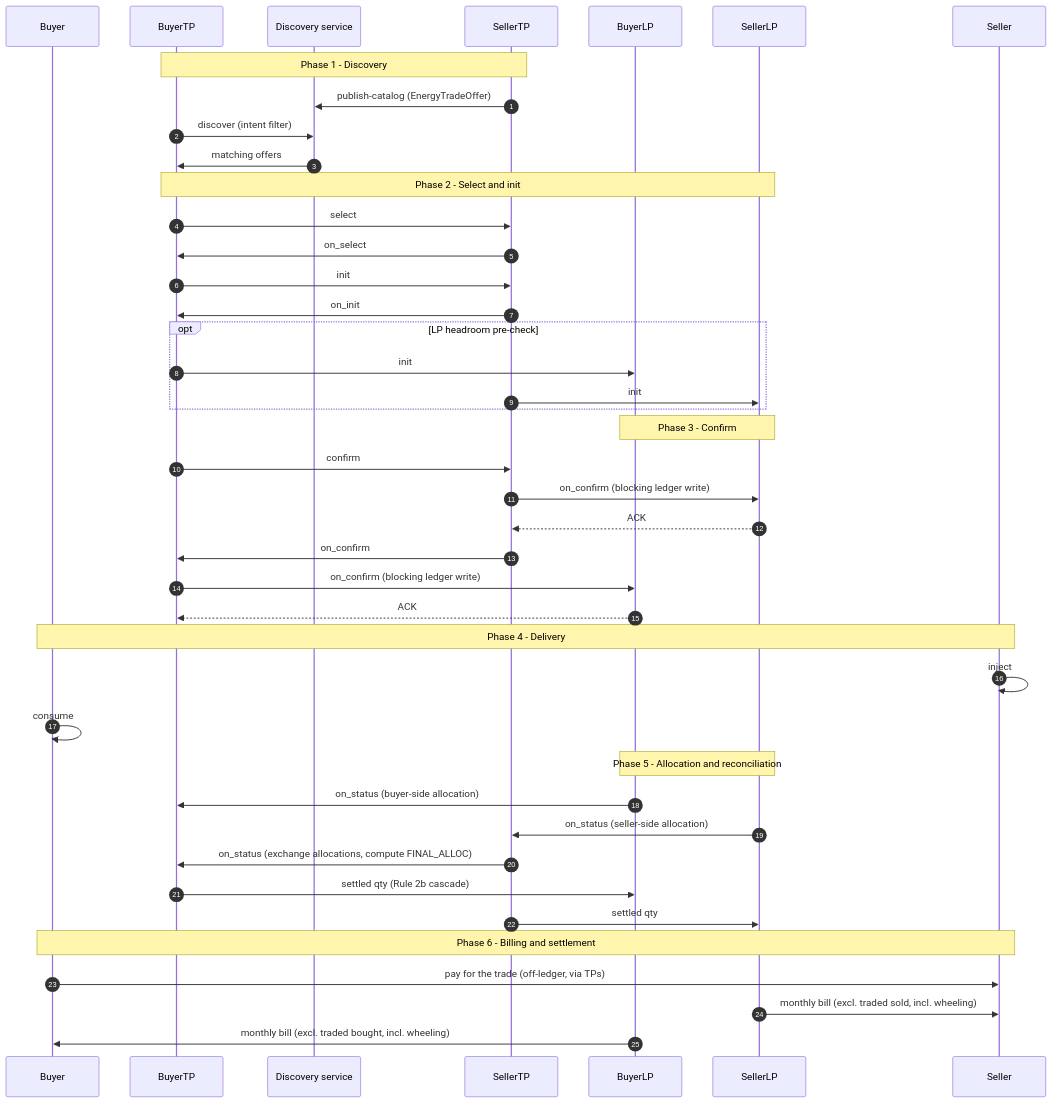
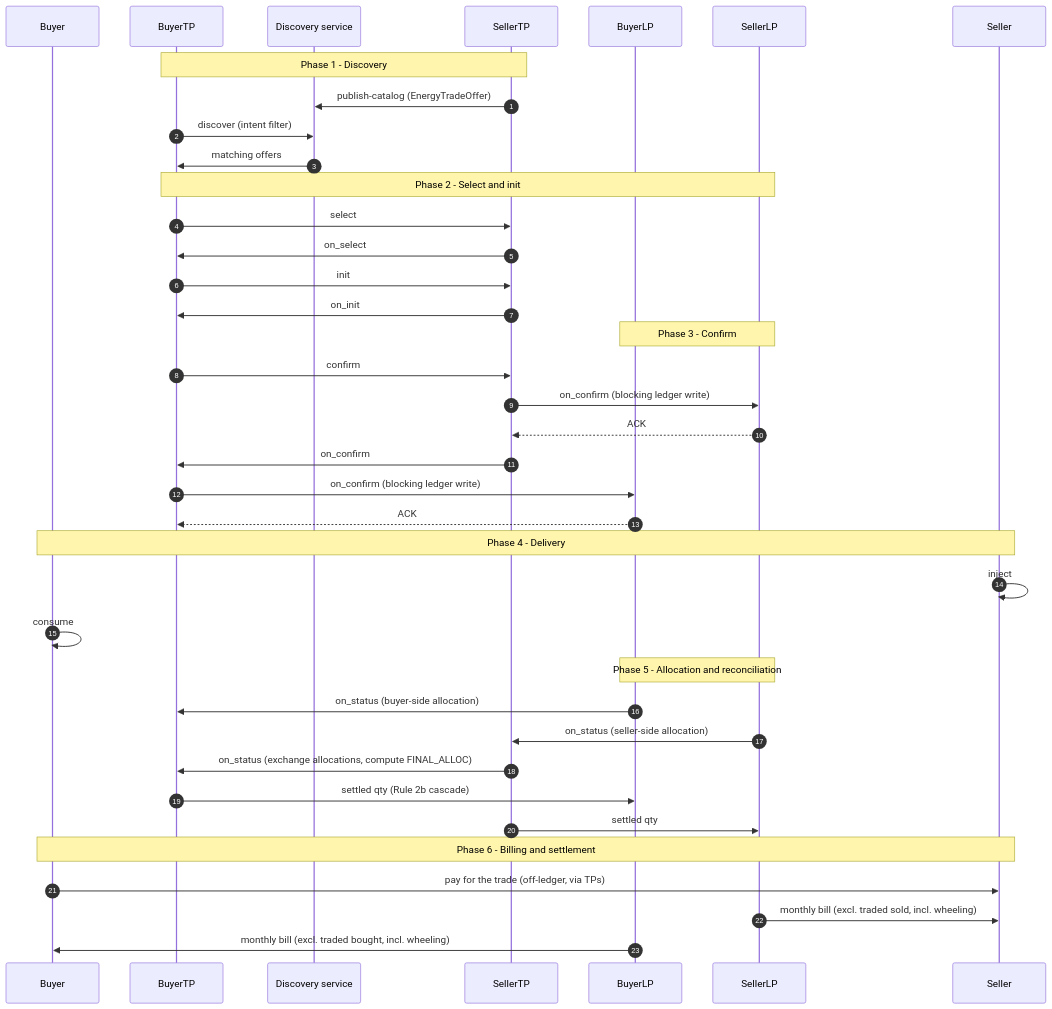
Before and after one commit to India-Energy-Stack/ies-accelerator: the second of 2 diagrams in use-cases/p2p-energy-trading/README.md, drawn with Mermaid.

Commit message:
docs(p2p): drop optional LP headroom pre-check from the sequence diagram

````diff
--- a/use-cases/p2p-energy-trading/README.md
+++ b/use-cases/p2p-energy-trading/README.md
@@ -128,50 +128,46 @@
 ```mermaid
 sequenceDiagram
   autonumber
   participant B as Buyer
   participant BTP as BuyerTP
   participant DS as Discovery service
   participant STP as SellerTP
   participant BDL as BuyerLP
   participant SDL as SellerLP
   participant S as Seller
 
   Note over BTP,STP: Phase 1 - Discovery
   STP->>DS: publish-catalog (EnergyTradeOffer)
   BTP->>DS: discover (intent filter)
   DS->>BTP: matching offers
 
   Note over BTP,SDL: Phase 2 - Select and init
   BTP->>STP: select
   STP->>BTP: on_select
   BTP->>STP: init
   STP->>BTP: on_init
-  opt LP headroom pre-check
-    BTP->>BDL: init
-    STP->>SDL: init
-  end
 
   Note over BDL,SDL: Phase 3 - Confirm
   BTP->>STP: confirm
   STP->>SDL: on_confirm (blocking ledger write)
   SDL-->>STP: ACK
   STP->>BTP: on_confirm
   BTP->>BDL: on_confirm (blocking ledger write)
   BDL-->>BTP: ACK
 
   Note over B,S: Phase 4 - Delivery
   S->>S: inject
   B->>B: consume
 
   Note over BDL,SDL: Phase 5 - Allocation and reconciliation
   BDL->>BTP: on_status (buyer-side allocation)
   SDL->>STP: on_status (seller-side allocation)
   STP->>BTP: on_status (exchange allocations, compute FINAL_ALLOC)
   BTP->>BDL: settled qty (Rule 2b cascade)
   STP->>SDL: settled qty
 
   Note over B,S: Phase 6 - Billing and settlement
   B->>S: pay for the trade (off-ledger, via TPs)
   SDL->>S: monthly bill (excl. traded sold, incl. wheeling)
   BDL->>B: monthly bill (excl. traded bought, incl. wheeling)
 ```
````
